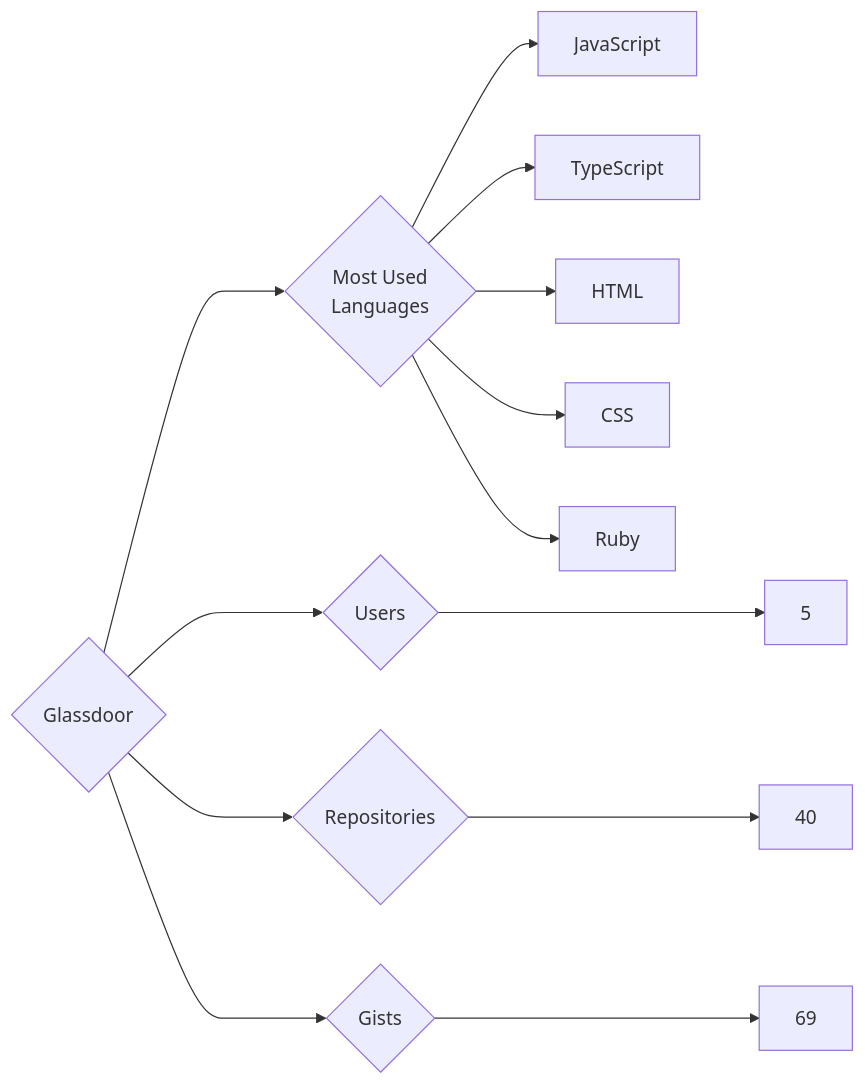
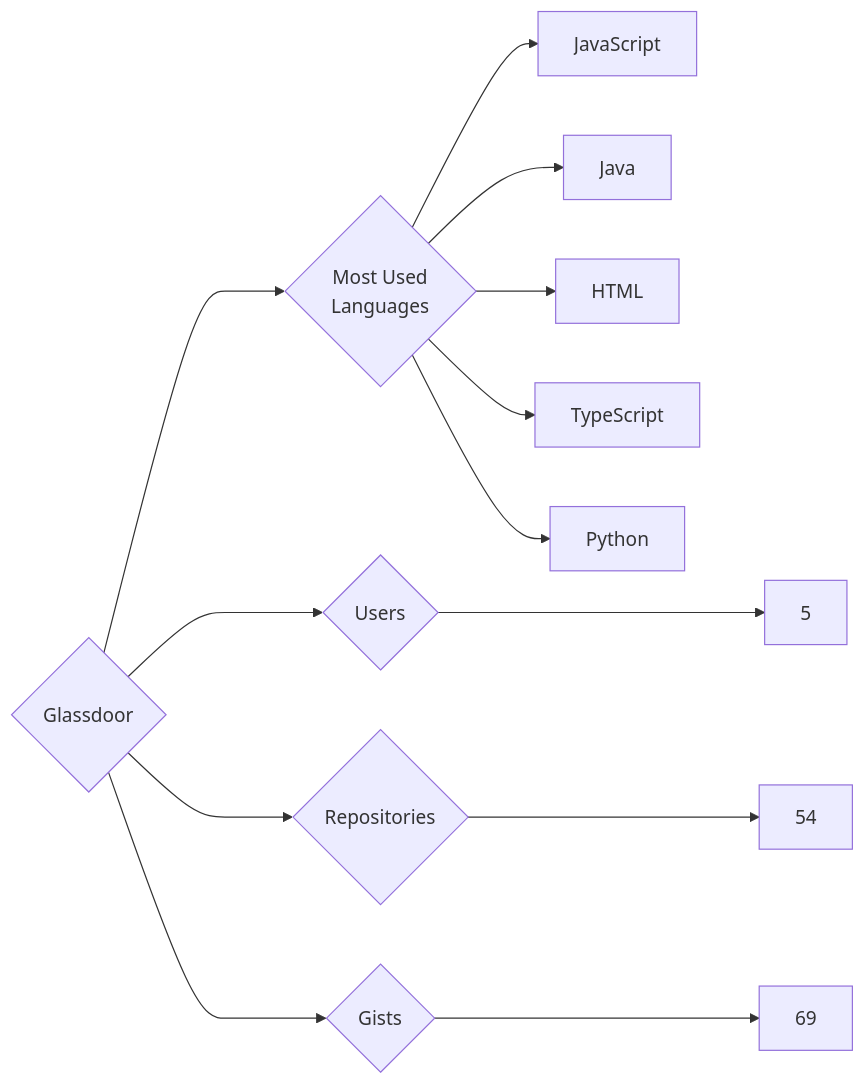
Before and after one commit to trickest/insiders: the diagram in targets/Glassdoor/README.md, drawn with Mermaid. The commit also changed 888 other files, not shown here.

````diff
--- a/targets/Glassdoor/README.md
+++ b/targets/Glassdoor/README.md
@@ -3,13 +3,13 @@
 ```mermaid
 graph LR
 COMPANY_NAME{Glassdoor}
 COMPANY_NAME ---> U{Users} ---> UN[5]
-COMPANY_NAME ---> R{Repositories} ---> RN[40]
+COMPANY_NAME ---> R{Repositories} ---> RN[54]
 COMPANY_NAME ---> G{Gists} ---> GN[69]
 COMPANY_NAME ---> ML{Most Used<br>Languages}
 ML --> JavaScript[JavaScript]
+ML --> Java[Java]
+ML --> HTML[HTML]
 ML --> TypeScript[TypeScript]
-ML --> HTML[HTML]
-ML --> CSS[CSS]
-ML --> Ruby[Ruby]
+ML --> Python[Python]
 ```
````
